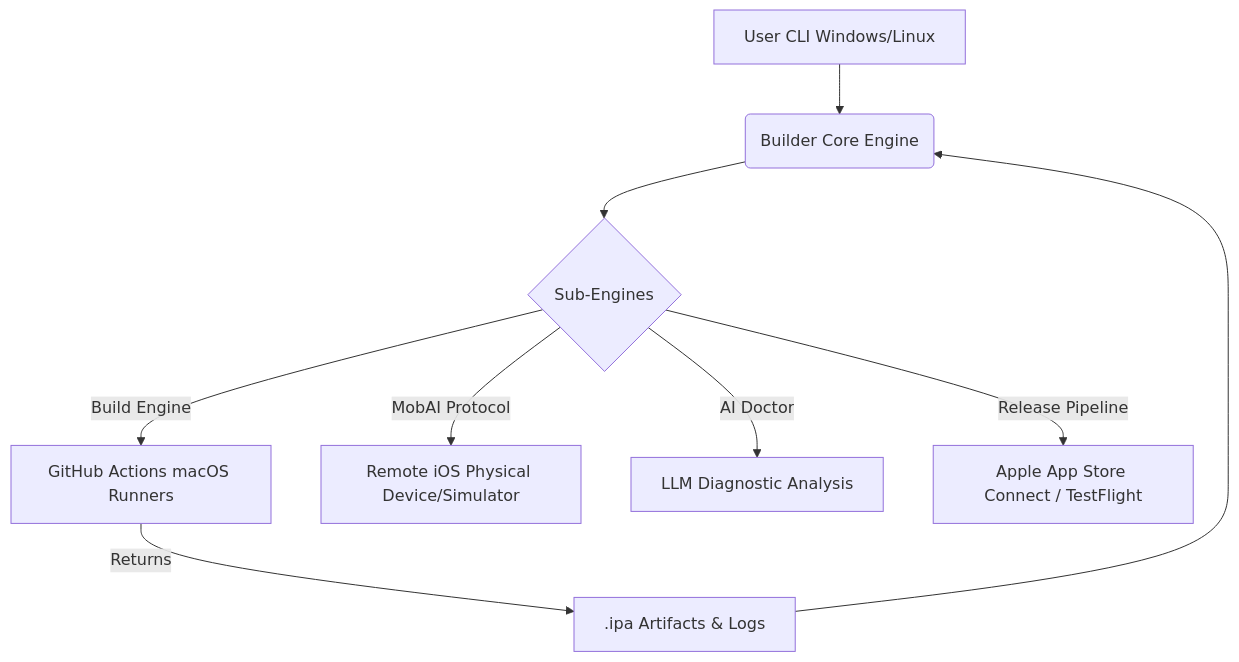
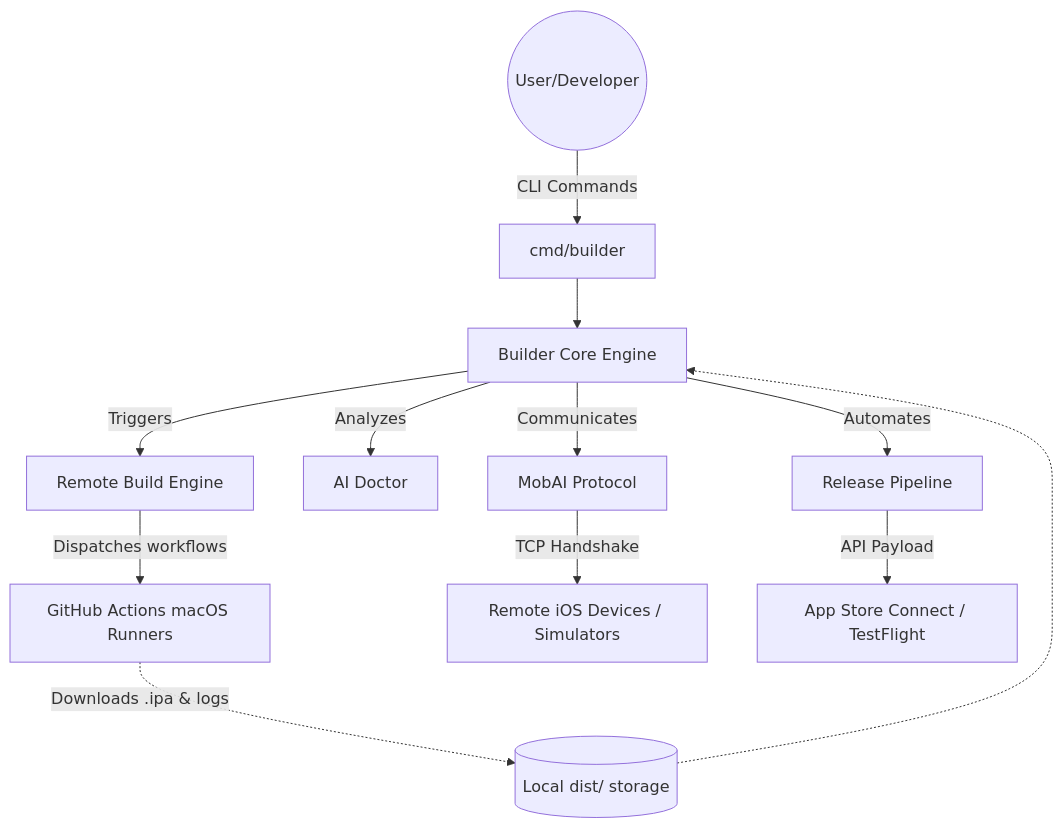
The diagram in README.md (kanjariyaraj/ibuilder), drawn with Mermaid before and after one commit. The commit also changed other lines of this file, not shown here.

````diff
--- a/README.md
+++ b/README.md
@@ -73,12 +80,21 @@
 ```mermaid
 graph TD
-    A[User CLI Windows/Linux] --> B(Builder Core Engine)
-    B --> C{Sub-Engines}
-    C -->|Build Engine| D[GitHub Actions macOS Runners]
-    C -->|MobAI Protocol| E[Remote iOS Physical Device/Simulator]
-    C -->|AI Doctor| F[LLM Diagnostic Analysis]
-    C -->|Release Pipeline| G[Apple App Store Connect / TestFlight]
+    %% Core CLI Components
+    User((User/Developer)) -->|CLI Commands| CLI[cmd/builder]
+    CLI --> CoreEngine[Builder Core Engine]
+
+    %% Internal Sub-Systems
+    CoreEngine -->|Triggers| Build[Remote Build Engine]
+    CoreEngine -->|Analyzes| AIDoctor[AI Doctor]
+    CoreEngine -->|Communicates| MobAI[MobAI Protocol]
+    CoreEngine -->|Automates| Release[Release Pipeline]
+
+    %% External Interfaces
+    Build -->|Dispatches workflows| GHA[GitHub Actions macOS Runners]
+    MobAI -->|TCP Handshake| Devices[Remote iOS Devices / Simulators]
+    Release -->|API Payload| ASC[App Store Connect / TestFlight]
     
-    D -->|Returns| H[.ipa Artifacts & Logs]
-    H --> B
+    %% Artifact Flow
+    GHA -.->|Downloads .ipa & logs| Artifacts[(Local dist/ storage)]
+    Artifacts -.-> CoreEngine
 ```
````
